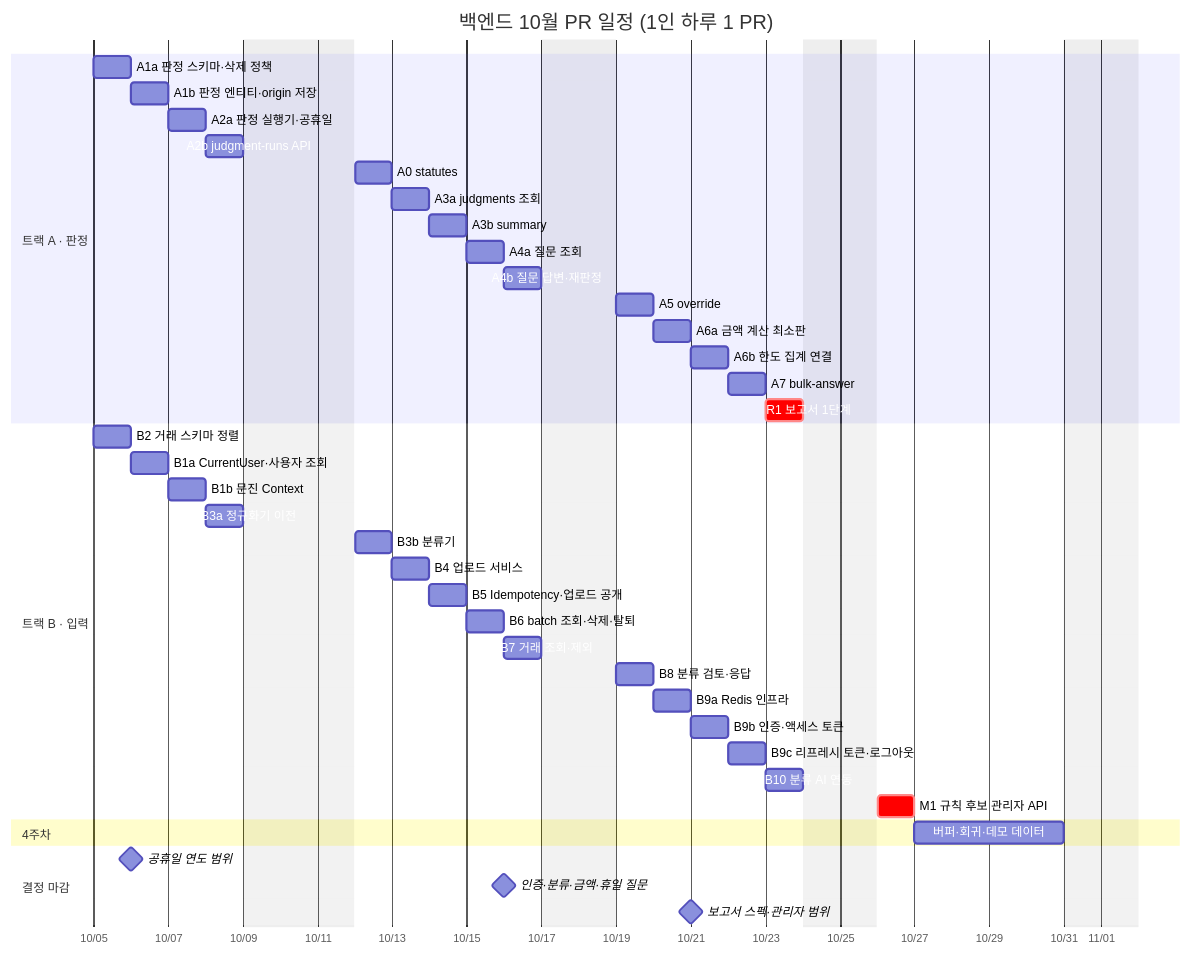
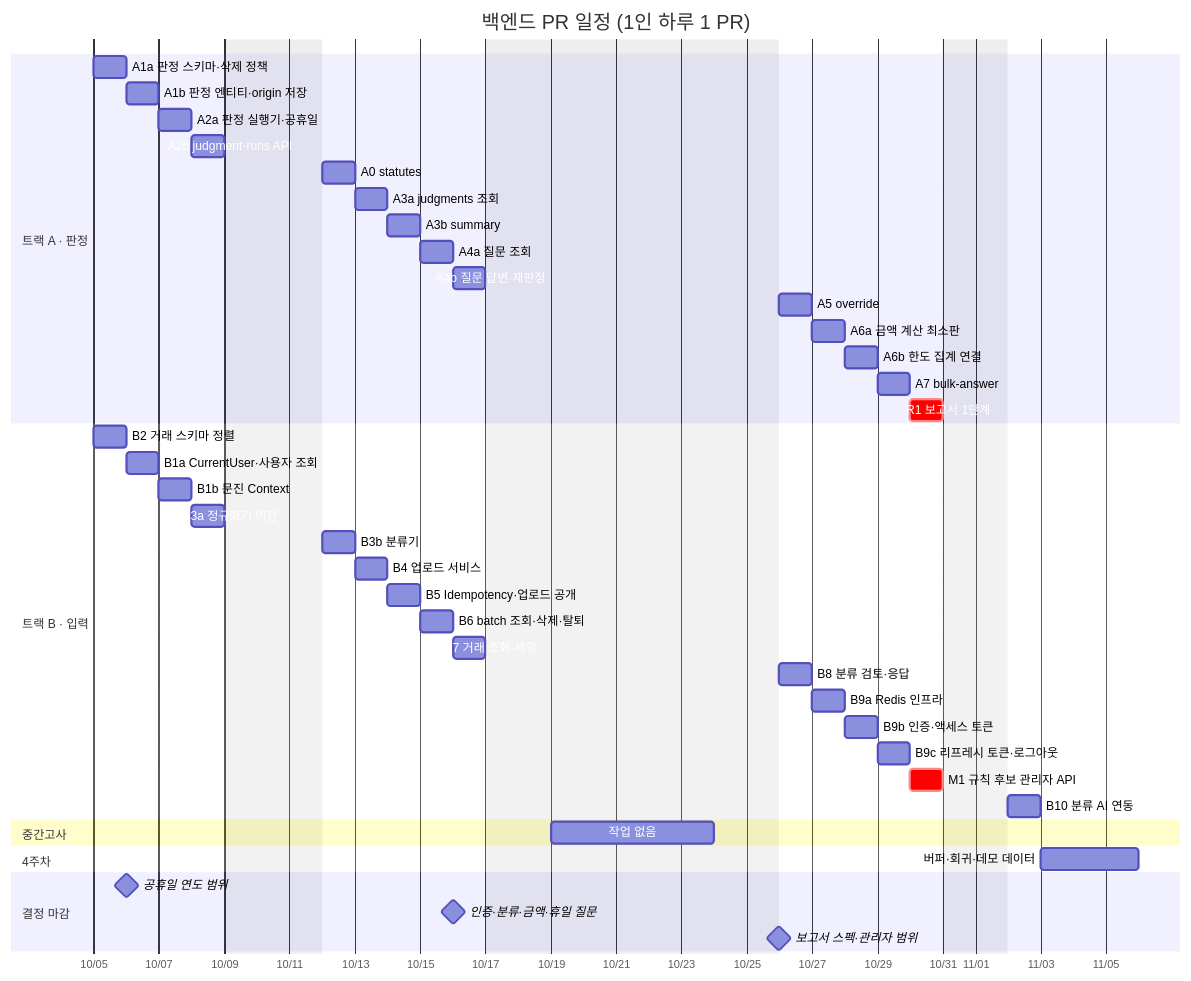
One commit to RainDrop3/ktc4-pusan-4 changed the first of 4 diagrams in docs/backend_api_plan.md. Above: the diagram before and after it, drawn with Mermaid. The commit also changed other lines of this file, not shown here.

Commit message:
docs: 중간고사(10/19~10/23) 기간을 비우고 3주차 이후 일정을 한 주 미룬다

````diff
--- a/docs/backend_api_plan.md
+++ b/docs/backend_api_plan.md
@@ -23,48 +24,51 @@
 ```mermaid
 gantt
-    title 백엔드 10월 PR 일정 (1인 하루 1 PR)
+    title 백엔드 PR 일정 (1인 하루 1 PR)
     dateFormat YYYY-MM-DD
     axisFormat %m/%d
-    excludes weekends, 2026-10-09
+    excludes weekends, 2026-10-09, 2026-10-19, 2026-10-20, 2026-10-21, 2026-10-22, 2026-10-23
 
     section 트랙 A · 판정
     A1a 판정 스키마·삭제 정책    :a1a, 2026-10-05, 1d
     A1b 판정 엔티티·origin 저장  :a1b, after a1a, 1d
     A2a 판정 실행기·공휴일       :a2a, after a1b, 1d
     A2b judgment-runs API        :a2b, after a2a, 1d
     A0 statutes                  :a0, after a2b, 1d
     A3a judgments 조회           :a3a, after a0, 1d
     A3b summary                  :a3b, after a3a, 1d
     A4a 질문 조회                :a4a, after a3b, 1d
     A4b 질문 답변·재판정         :a4b, after a4a, 1d
     A5 override                  :a5, after a4b, 1d
     A6a 금액 계산 최소판         :a6a, after a5, 1d
     A6b 한도 집계 연결           :a6b, after a6a, 1d
     A7 bulk-answer               :a7, after a6b, 1d
     R1 보고서 1단계              :crit, r1, after a7, 1d
 
     section 트랙 B · 입력
     B2 거래 스키마 정렬          :b2, 2026-10-05, 1d
     B1a CurrentUser·사용자 조회  :b1a, after b2, 1d
     B1b 문진 Context             :b1b, after b1a, 1d
     B3a 정규화기 이전            :b3a, after b1b, 1d
     B3b 분류기                   :b3b, after b3a, 1d
     B4 업로드 서비스             :b4, after b3b, 1d
     B5 Idempotency·업로드 공개   :b5, after b4, 1d
     B6 batch 조회·삭제·탈퇴      :b6, after b5, 1d
     B7 거래 조회·제외            :b7, after b6, 1d
     B8 분류 검토·응답            :b8, after b7, 1d
     B9a Redis 인프라             :b9a, after b8, 1d
     B9b 인증·액세스 토큰         :b9b, after b9a, 1d
     B9c 리프레시 토큰·로그아웃   :b9c, after b9b, 1d
-    B10 분류 AI 연동             :b10, after b9c, 1d
-    M1 규칙 후보 관리자 API      :crit, m1, after b10, 1d
+    M1 규칙 후보 관리자 API      :crit, m1, after b9c, 1d
+    B10 분류 AI 연동             :b10, after m1, 1d
+
+    section 중간고사
+    작업 없음                    :exam, 2026-10-19, 2026-10-24
 
     section 4주차
-    버퍼·회귀·데모 데이터        :buf, 2026-10-27, 4d
+    버퍼·회귀·데모 데이터        :buf, 2026-11-03, 3d
 
     section 결정 마감
     공휴일 연도 범위             :milestone, d0, 2026-10-06, 0d
     인증·분류·금액·휴일 질문     :milestone, d1, 2026-10-16, 0d
-    보고서 스펙·관리자 범위      :milestone, d2, 2026-10-21, 0d
+    보고서 스펙·관리자 범위      :milestone, d2, 2026-10-26, 0d
 ```
````
